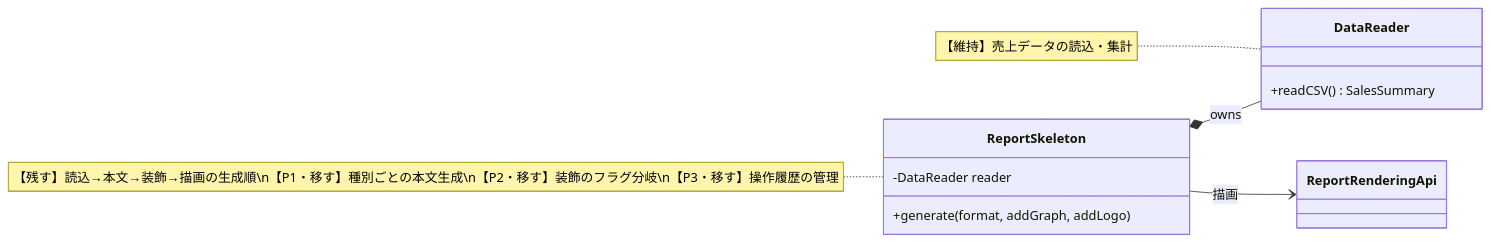
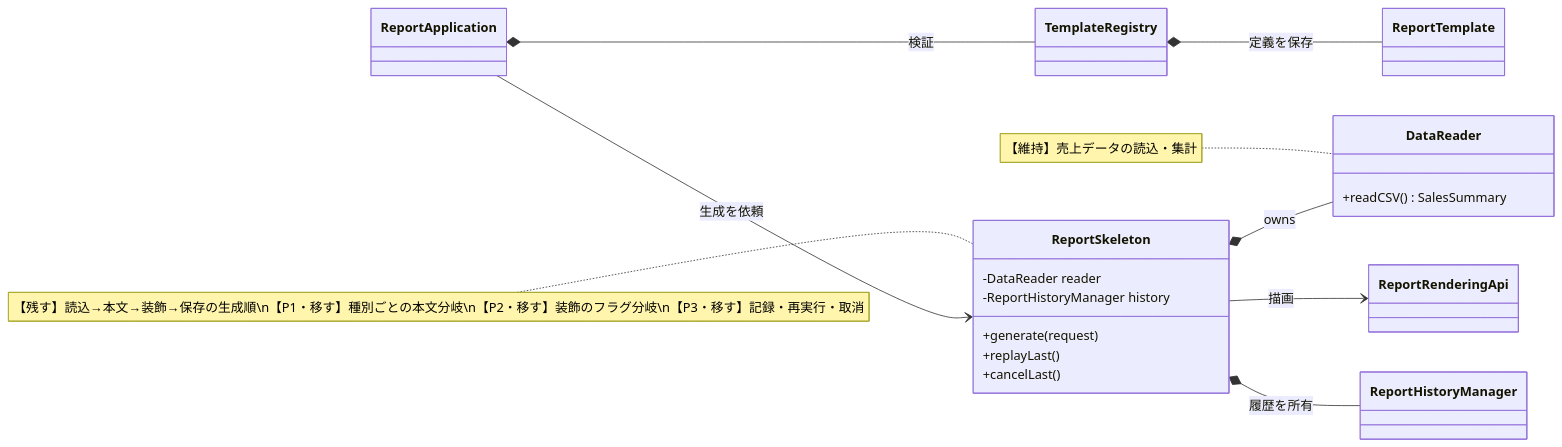
One commit to kumachan1101-pixel/DesignPattern changed the sixth of 12 diagrams in kindle/design-patterns/output/chapter11.md. Above: the diagram before and after it, drawn with Mermaid. The commit also changed other lines of this file and 3 other files, not shown here.

Commit message:
docs: revise chapters 11 and 12 review flow

````diff
--- a/kindle/design-patterns/output/chapter11.md
+++ b/kindle/design-patterns/output/chapter11.md
@@ -922,18 +1295,29 @@
 ```mermaid
 classDiagram
     direction LR
+    class ReportApplication
+    class TemplateRegistry
+    class ReportTemplate
     class ReportSkeleton {
         -DataReader reader
-        +generate(format, addGraph, addLogo)
+        -ReportHistoryManager history
+        +generate(request)
+        +replayLast()
+        +cancelLast()
     }
     class DataReader { +readCSV() SalesSummary }
     class ReportRenderingApi
+    class ReportHistoryManager
+    ReportApplication *-- TemplateRegistry : 検証
+    ReportApplication --> ReportSkeleton : 生成を依頼
+    TemplateRegistry *-- ReportTemplate : 定義を保存
     ReportSkeleton *-- DataReader : owns
     ReportSkeleton --> ReportRenderingApi : 描画
+    ReportSkeleton *-- ReportHistoryManager : 履歴を所有
 
-    note for ReportSkeleton "【残す】読込→本文→装飾→描画の生成順\n【P1・移す】種別ごとの本文生成\n【P2・移す】装飾のフラグ分岐\n【P3・移す】操作履歴の管理"
+    note for ReportSkeleton "【残す】読込→本文→装飾→保存の生成順\n【P1・移す】種別ごとの本文分岐\n【P2・移す】装飾のフラグ分岐\n【P3・移す】記録・再実行・取消"
     note for DataReader "【維持】売上データの読込・集計"
 
     classDef focus fill:#FFF2CC,stroke:#D6B656,stroke-width:2px,color:#222222
     cssClass "ReportSkeleton" focus
 ```
````
